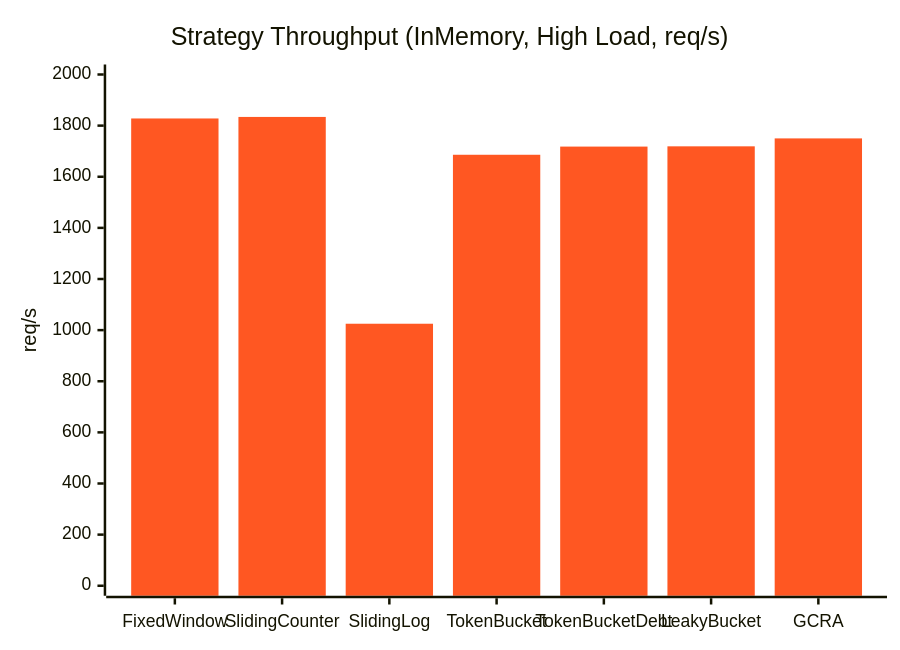
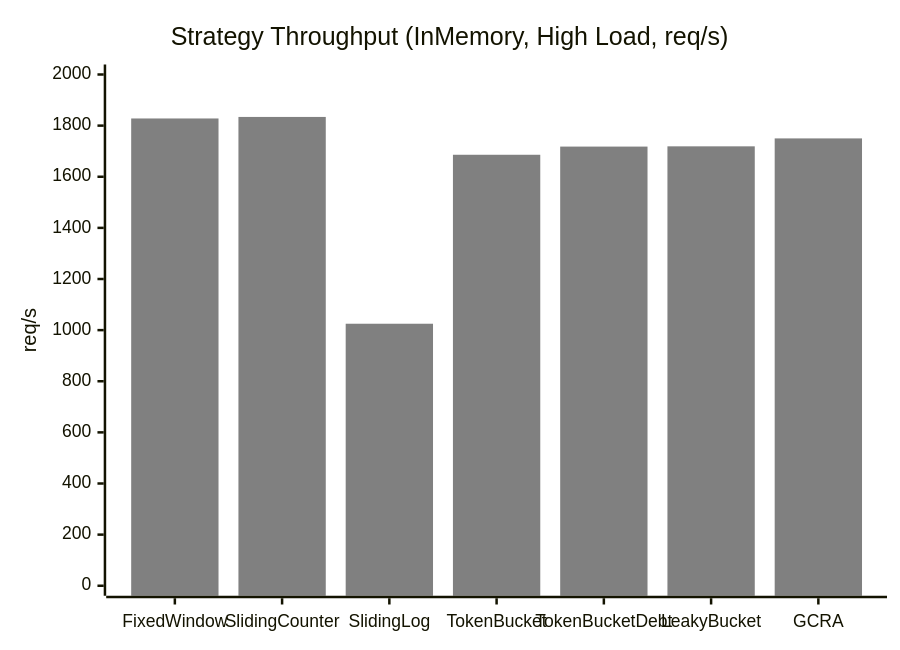
One commit to ti-oluwa/traffik changed the diagram in docs/benchmarks.md. Above: the diagram before and after it, drawn with Mermaid. The commit also changed 19 other files, not shown here.

````diff
--- a/docs/benchmarks.md
+++ b/docs/benchmarks.md
@@ -188,8 +188,8 @@
 ```mermaid
-%%{init: {"theme": "base", "themeVariables": {"xyChart": {"plotColorPalette": "#ff5722"}}}}%%
+%%{init: {"theme": "base", "themeVariables": {"xyChart": {"plotColorPalette": "gray"}}}}%%
 xychart-beta
     title "Strategy Throughput (InMemory, High Load, req/s)"
     x-axis ["FixedWindow", "SlidingCounter", "SlidingLog", "TokenBucket", "TokenBucketDebt", "LeakyBucket", "GCRA"]
     y-axis "req/s" 0 --> 2000
     bar [1828, 1834, 1025, 1686, 1718, 1719, 1750]
 ```
````
